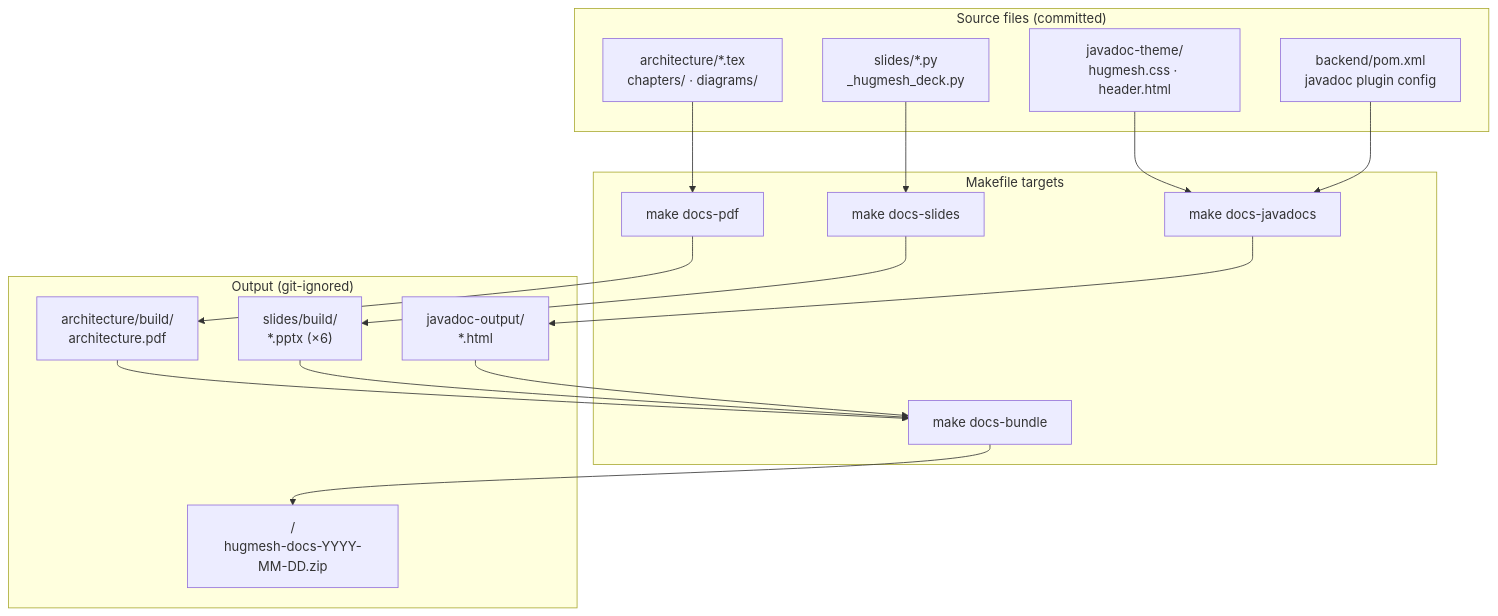
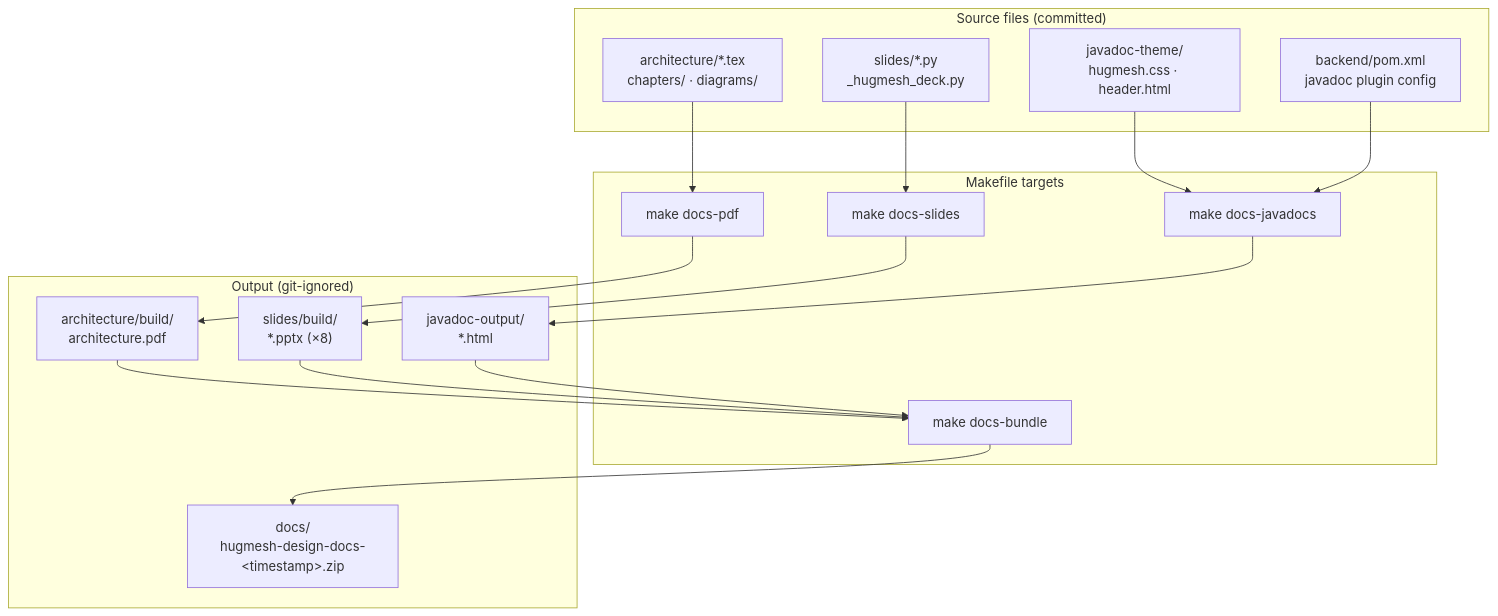
One commit to hugmesh/hugmesh.github.io changed the diagram in content/games/publishing-pipeline.md. Above: the diagram before and after it, drawn with Mermaid. The commit also changed other lines of this file and 93 other files, not shown here.

````diff
--- a/content/games/publishing-pipeline.md
+++ b/content/games/publishing-pipeline.md
@@ -50,32 +62,32 @@
 ```mermaid
 flowchart TB
     subgraph sources["Source files (committed)"]
         tex["architecture/*.tex\nchapters/ · diagrams/"]
         py["slides/*.py\n_hugmesh_deck.py"]
         css["javadoc-theme/\nhugmesh.css · header.html"]
         pom["backend/pom.xml\njavadoc plugin config"]
     end
 
     subgraph make["Makefile targets"]
         pdf["make docs-pdf"]
         slides["make docs-slides"]
         javadoc["make docs-javadocs"]
         bundle["make docs-bundle"]
     end
 
     subgraph outputs["Output (git-ignored)"]
         pdfout["architecture/build/\narchitecture.pdf"]
-        pptxout["slides/build/\n*.pptx  (×6)"]
+        pptxout["slides/build/\n*.pptx  (×8)"]
         javadocout["javadoc-output/\n*.html"]
-        zip["<repo-root>/\nhugmesh-docs-YYYY-MM-DD.zip"]
+        zip["docs/\nhugmesh-design-docs-&lt;timestamp&gt;.zip"]
     end
 
     tex --> pdf --> pdfout
     py  --> slides --> pptxout
     css --> javadoc
     pom --> javadoc --> javadocout
     pdfout  --> bundle
     pptxout --> bundle
     javadocout --> bundle
     bundle --> zip
 ```
````
